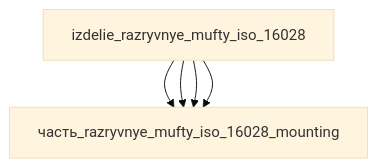
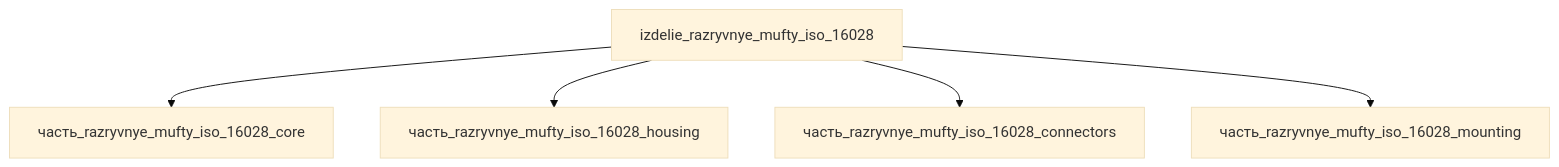
Before and after one commit to a-m-e-n-t-e-t/SkyNet: the diagram in реальные данные/изделия/система_связи/razryvnye_mufty_iso_16028/_index.md, drawn with Mermaid (base theme). The commit also changed other lines of this file and 9 other files, not shown here.

````diff
--- a/реальные данные/изделия/система_связи/razryvnye_mufty_iso_16028/_index.md
+++ b/реальные данные/изделия/система_связи/razryvnye_mufty_iso_16028/_index.md
@@ -161,12 +164,12 @@
 ```mermaid
 graph TD
-    razryvnye_mufty_iso_["izdelie_razryvnye_mufty_iso_16028"]
-    razryvnye_mufty_iso_16028["часть_razryvnye_mufty_iso_16028_core"]
-    razryvnye_mufty_iso_ --> razryvnye_mufty_iso_16028
-    razryvnye_mufty_iso_16028["часть_razryvnye_mufty_iso_16028_housing"]
-    razryvnye_mufty_iso_ --> razryvnye_mufty_iso_16028
-    razryvnye_mufty_iso_16028["часть_razryvnye_mufty_iso_16028_connectors"]
-    razryvnye_mufty_iso_ --> razryvnye_mufty_iso_16028
-    razryvnye_mufty_iso_16028["часть_razryvnye_mufty_iso_16028_mounting"]
-    razryvnye_mufty_iso_ --> razryvnye_mufty_iso_16028
+    izdelie_razryvnye_mufty_iso_16028["izdelie_razryvnye_mufty_iso_16028"]
+    ______razryvnye_mufty_iso_16028_core["часть_razryvnye_mufty_iso_16028_core"]
+    izdelie_razryvnye_mufty_iso_16028 --> ______razryvnye_mufty_iso_16028_core
+    ______razryvnye_mufty_iso_16028_housing["часть_razryvnye_mufty_iso_16028_housing"]
+    izdelie_razryvnye_mufty_iso_16028 --> ______razryvnye_mufty_iso_16028_housing
+    ______razryvnye_mufty_iso_16028_connectors["часть_razryvnye_mufty_iso_16028_connectors"]
+    izdelie_razryvnye_mufty_iso_16028 --> ______razryvnye_mufty_iso_16028_connectors
+    ______razryvnye_mufty_iso_16028_mounting["часть_razryvnye_mufty_iso_16028_mounting"]
+    izdelie_razryvnye_mufty_iso_16028 --> ______razryvnye_mufty_iso_16028_mounting
 ```
````
